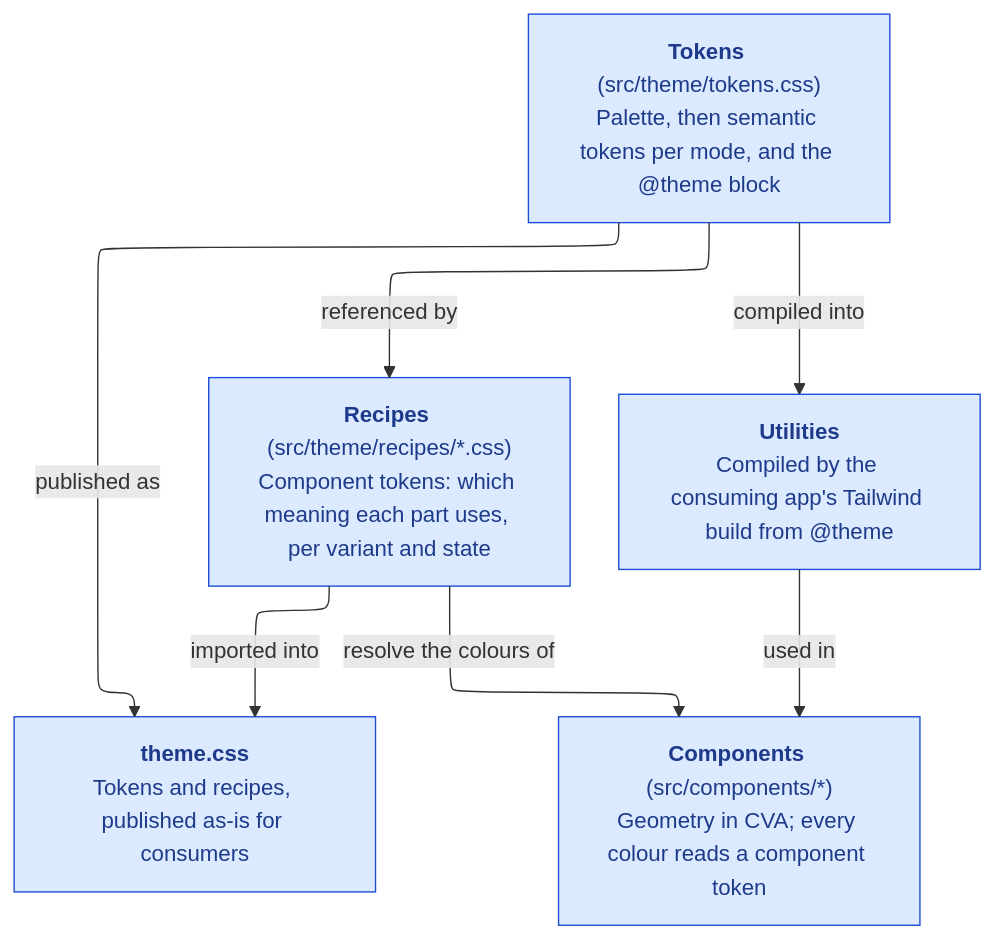
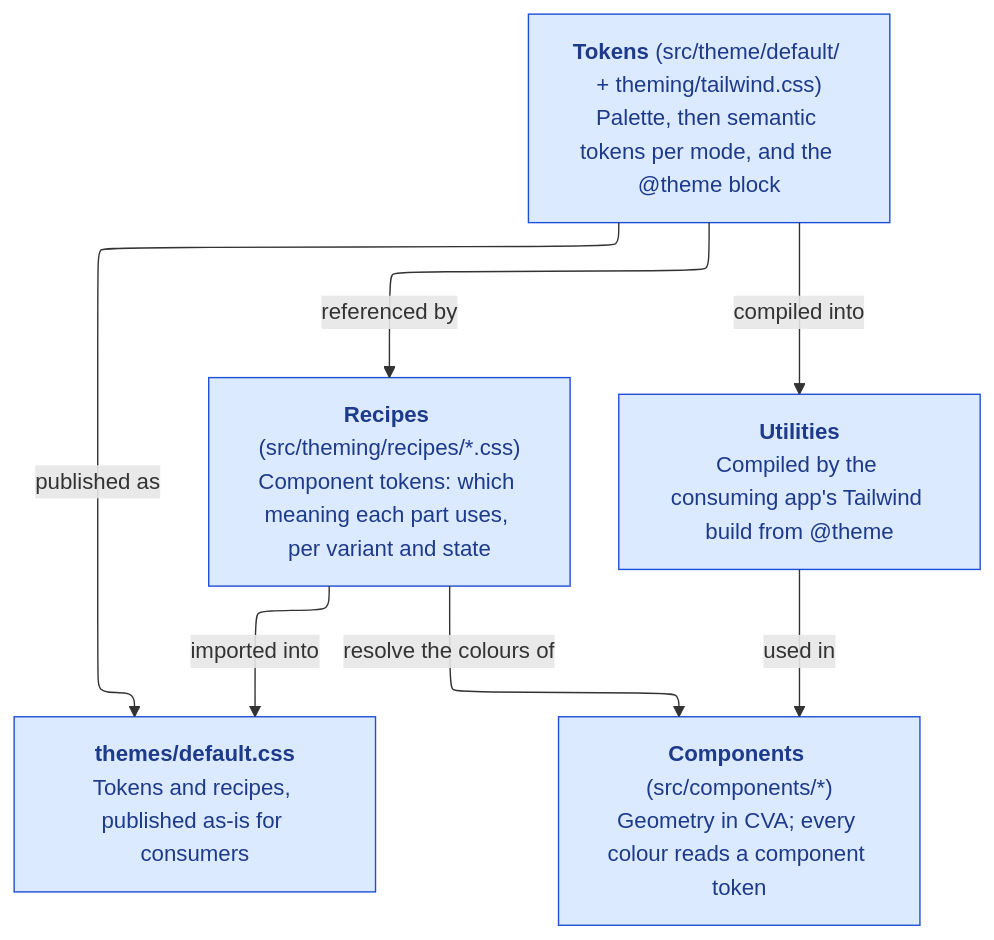
One commit to sixthshift/design-system changed the diagram in docs/design-tokens.md. Above: the diagram before and after it, drawn with Mermaid. The commit also changed other lines of this file and 61 other files, not shown here.

````diff
--- a/docs/design-tokens.md
+++ b/docs/design-tokens.md
@@ -14,22 +14,22 @@
 ```mermaid
 ---
 config:
   layout: elk
 ---
 flowchart TB
-    Tokens["<b>Tokens</b> (src/theme/tokens.css)<br/>Palette, then semantic tokens per mode, and the @theme block"]
-    Recipes["<b>Recipes</b> (src/theme/recipes/*.css)<br/>Component tokens: which meaning each part uses, per variant and state"]
-    CSS["<b>theme.css</b><br/>Tokens and recipes, published as-is for consumers"]
+    Tokens["<b>Tokens</b> (src/theme/default/ + theming/tailwind.css)<br/>Palette, then semantic tokens per mode, and the @theme block"]
+    Recipes["<b>Recipes</b> (src/theming/recipes/*.css)<br/>Component tokens: which meaning each part uses, per variant and state"]
+    CSS["<b>themes/default.css</b><br/>Tokens and recipes, published as-is for consumers"]
     Utilities["<b>Utilities</b><br/>Compiled by the consuming app's Tailwind build from @theme"]
     Components["<b>Components</b> (src/components/*)<br/>Geometry in CVA; every colour reads a component token"]
 
     Tokens -->|referenced by| Recipes
     Tokens -->|published as| CSS
     Recipes -->|imported into| CSS
     Tokens -->|compiled into| Utilities
     Utilities -->|used in| Components
     Recipes -->|resolve the colours of| Components
 
     classDef engine fill:#dbeafe,stroke:#1d4ed8,color:#1e3a8a
     class Tokens,Recipes,CSS,Utilities,Components engine
 ```
````
